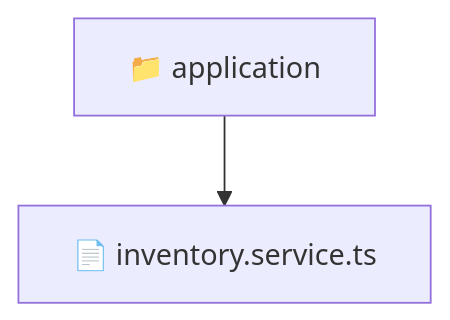
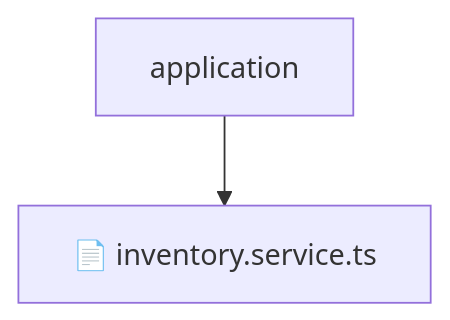
One commit to beginwebdev2002/fullstack-mavluda changed the diagram in backend/src/modules/inventory/application/README.md. Above: the diagram before and after it, drawn with Mermaid. The commit also changed other lines of this file and 155 other files, not shown here.

````diff
--- a/backend/src/modules/inventory/application/README.md
+++ b/backend/src/modules/inventory/application/README.md
@@ -10,5 +14,5 @@
 ```mermaid
 graph TD
-  Root["📁 application"]
-  Root --> inventoryservicets["📄 inventory.service.ts"]
+    Root[application]
+    Root --> F0[📄 inventory.service.ts]
 ```
````
